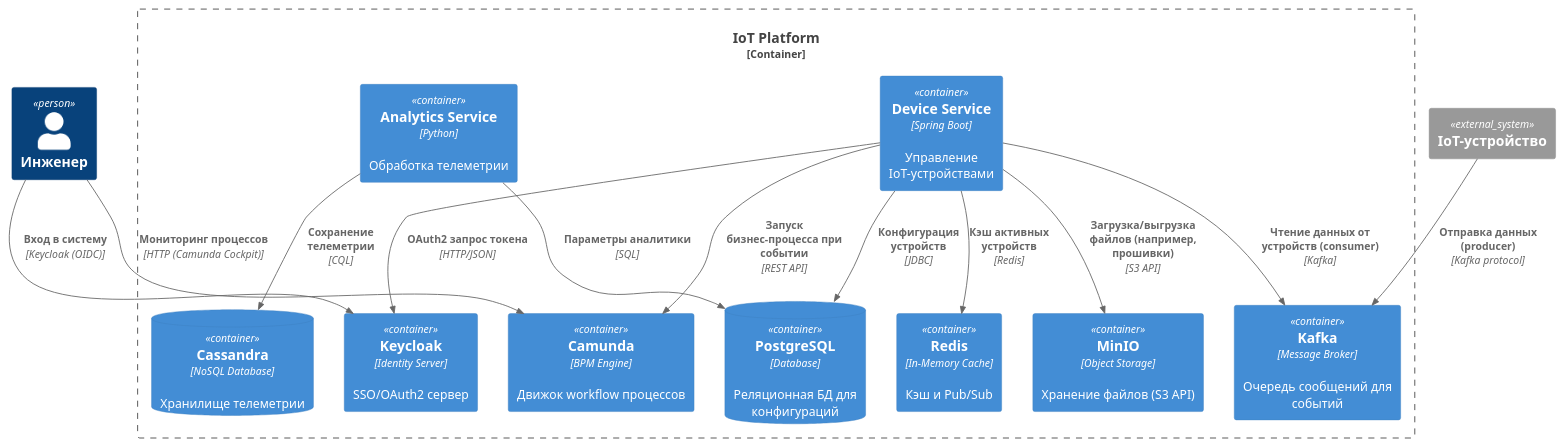
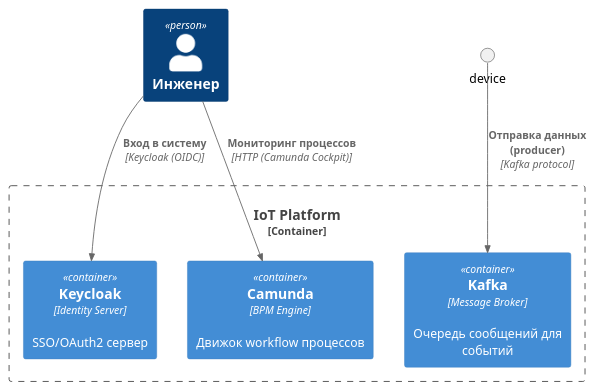
One commit to kolyago-vladislav/IoT changed the diagram in diagrams/containers.puml. Above: the diagram before and after it, drawn with PlantUML. The commit also changed 7 other files, not shown here.

```diff
--- a/diagrams/containers.puml
+++ b/diagrams/containers.puml
@@ -1,30 +1,15 @@
 @startuml Containers
 !includeurl https://raw.githubusercontent.com/plantuml-stdlib/C4-PlantUML/master/C4_Container.puml
 
 Person(engineer, "Инженер")
 Container_Boundary(platform, "IoT Platform") {
-    Container(api, "Device Service", "Spring Boot", "Управление IoT-устройствами")
-    Container(processing, "Analytics Service", "Python", "Обработка телеметрии")
-    ContainerDb(pg, "PostgreSQL", "Database", "Реляционная БД для конфигураций")
-    ContainerDb(cassandra, "Cassandra", "NoSQL Database", "Хранилище телеметрии")
     Container(queue, "Kafka", "Message Broker", "Очередь сообщений для событий")
-    Container(cache, "Redis", "In-Memory Cache", "Кэш и Pub/Sub")
     Container(ext_auth, "Keycloak", "Identity Server", "SSO/OAuth2 сервер")
     Container(ext_bpm, "Camunda", "BPM Engine", "Движок workflow процессов")
-    Container(minio, "MinIO", "Object Storage", "Хранение файлов (S3 API)")
 }
 
-System_Ext(device, "IoT-устройство")
 Rel(device, queue, "Отправка данных (producer)", "Kafka protocol")
-Rel(api, queue, "Чтение данных от устройств (consumer)", "Kafka")
-Rel(api, pg, "Конфигурация устройств", "JDBC")
-Rel(processing, cassandra, "Сохранение телеметрии", "CQL")
-Rel(processing, pg, "Параметры аналитики", "SQL")
-Rel(api, cache, "Кэш активных устройств", "Redis")
-Rel(api, ext_auth, "OAuth2 запрос токена", "HTTP/JSON")
 Rel(engineer, ext_auth, "Вход в систему", "Keycloak (OIDC)")
 Rel(engineer, ext_bpm, "Мониторинг процессов", "HTTP (Camunda Cockpit)")
-Rel(api, ext_bpm, "Запуск бизнес-процесса при событии", "REST API")
-Rel(api, minio, "Загрузка/выгрузка файлов (например, прошивки)", "S3 API")
 
 @enduml
```
